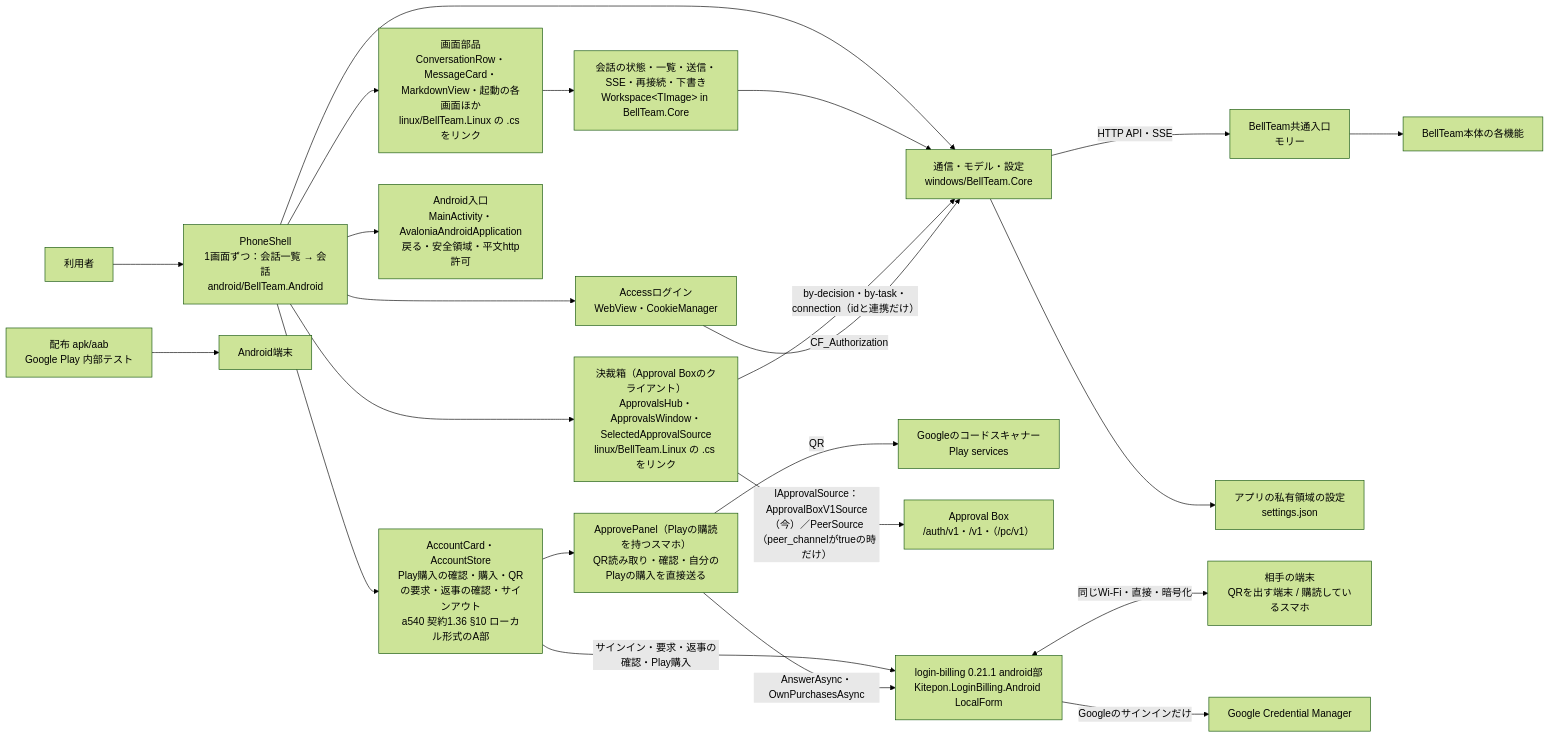
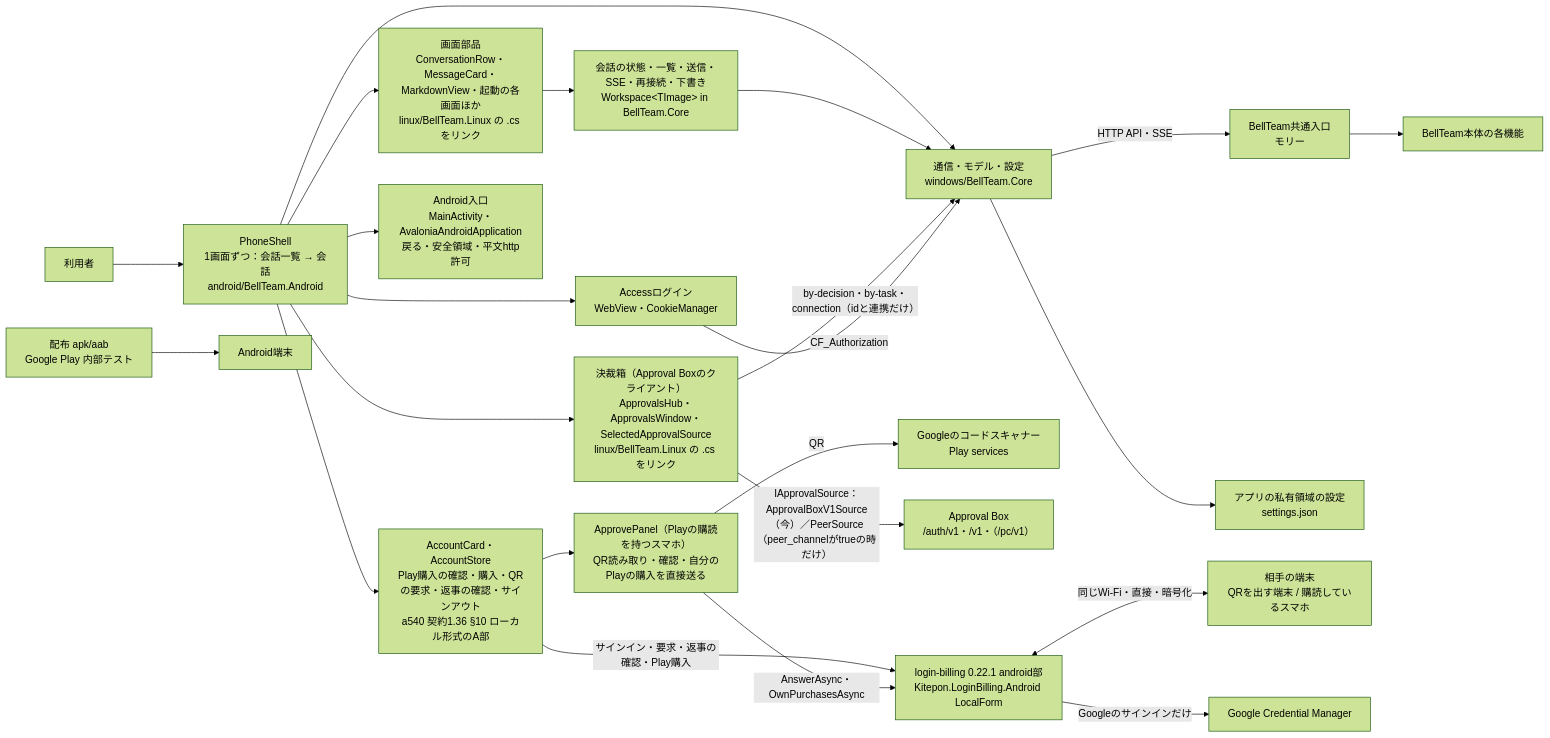
One commit to kitepon/BellTeam changed the first of 2 diagrams in docs/android-architecture.md. Above: the diagram before and after it, drawn with Mermaid (forest theme). The commit also changed other lines of this file and 19 other files, not shown here.

First line of the commit message:
lb0220-clients: Linux 0.2.32 and Android 0.1.32 on login-billing 0.22.1 (appId, BellTeam's two guidance texts, Android App Link for the QR's join link)

````diff
--- a/docs/android-architecture.md
+++ b/docs/android-architecture.md
@@ -9,25 +9,25 @@
 ```mermaid
 flowchart LR
   user[利用者] --> shell[PhoneShell<br/>1画面ずつ：会話一覧 → 会話<br/>android/BellTeam.Android]
   shell --> views[画面部品<br/>ConversationRow・MessageCard・MarkdownView・起動の各画面ほか<br/>linux/BellTeam.Linux の .cs をリンク]
   views --> ws[会話の状態・一覧・送信・SSE・再接続・下書き<br/>Workspace&lt;TImage&gt; in BellTeam.Core]
   shell --> core[通信・モデル・設定<br/>windows/BellTeam.Core]
   ws --> core
   core -->|HTTP API・SSE| integration[BellTeam共通入口<br/>モリー]
   core --> local[アプリの私有領域の設定<br/>settings.json]
   shell --> account[AccountCard・AccountStore<br/>Play購入の確認・購入・QRの要求・返事の確認・サインアウト<br/>a540 契約1.36 §10 ローカル形式のA部]
   account --> approve[ApprovePanel（Playの購読を持つスマホ）<br/>QR読み取り・確認・自分のPlayの購入を直接送る]
   approve -->|QR| scanner[Googleのコードスキャナー<br/>Play services]
   shell --> abx[決裁箱（Approval Boxのクライアント）<br/>ApprovalsHub・ApprovalsWindow・SelectedApprovalSource<br/>linux/BellTeam.Linux の .cs をリンク]
   abx -->|IApprovalSource：ApprovalBoxV1Source（今）／PeerSource（peer_channelがtrueの時だけ）| abxsrv[Approval Box<br/>/auth/v1・/v1・（/pc/v1）]
   abx -->|by-decision・by-task・connection（idと連携だけ）| core
-  account -->|サインイン・要求・返事の確認・Play購入| lib[login-billing 0.21.1 android部<br/>Kitepon.LoginBilling.Android LocalForm]
+  account -->|サインイン・要求・返事の確認・Play購入| lib[login-billing 0.22.1 android部<br/>Kitepon.LoginBilling.Android LocalForm]
   approve -->|AnswerAsync・OwnPurchasesAsync| lib
   lib <-->|同じWi-Fi・直接・暗号化| peer[相手の端末<br/>QRを出す端末 / 購読しているスマホ]
   lib -->|Googleのサインインだけ| google[Google Credential Manager]
   shell --> access[Accessログイン<br/>WebView・CookieManager]
   access -->|CF_Authorization| core
   shell --> android[Android入口<br/>MainActivity・AvaloniaAndroidApplication<br/>戻る・安全領域・平文http許可]
   release[配布 apk/aab<br/>Google Play 内部テスト] --> device[Android端末]
   integration --> server[BellTeam本体の各機能]
 ```
````
